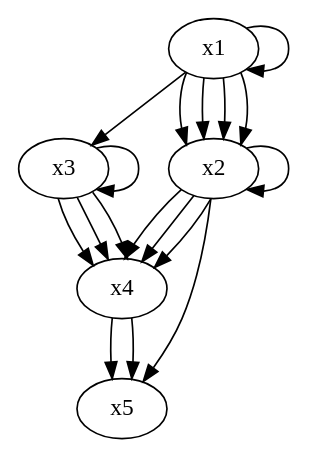
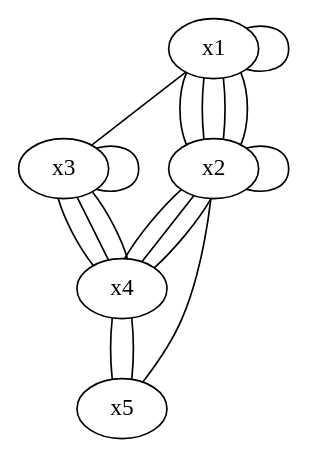
Before and after one commit to Kazakoffnik/FLITA: the diagram in norm (2).dot, drawn with Graphviz.

Commit message:
Update norm (2).dot

```diff
--- a/norm (2).dot
+++ b/norm (2).dot
@@ -1,19 +1,19 @@
-digraph G {
-	x1 -> x1;
-	x1 -> x2;
-	x1 -> x2;
-	x1 -> x2;
-	x1 -> x2;
-	x1 -> x3;
-	x2 -> x2;
-	x2 -> x4;
-	x2 -> x4;
-	x2 -> x4;
-	x2 -> x5;
-	x3 -> x3;
-	x3 -> x4;
-	x3 -> x4;
-	x3 -> x4;
-	x4 -> x5;
-	x4 -> x5;
+graph G {
+	x1 -- x1;
+	x1 -- x2;
+	x1 -- x2;
+	x1 -- x2;
+	x1 -- x2;
+	x1 -- x3;
+	x2 -- x2;
+	x2 -- x4;
+	x2 -- x4;
+	x2 -- x4;
+	x2 -- x5;
+	x3 -- x3;
+	x3 -- x4;
+	x3 -- x4;
+	x3 -- x4;
+	x4 -- x5;
+	x4 -- x5;
 }
```
